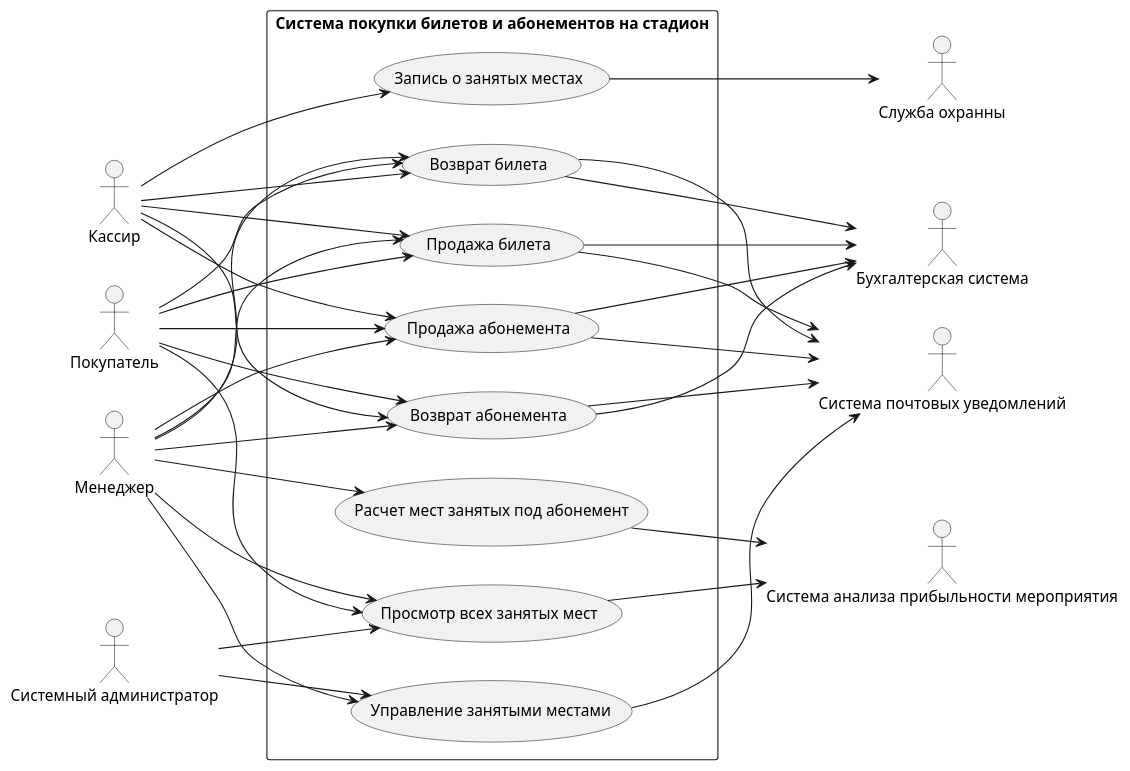
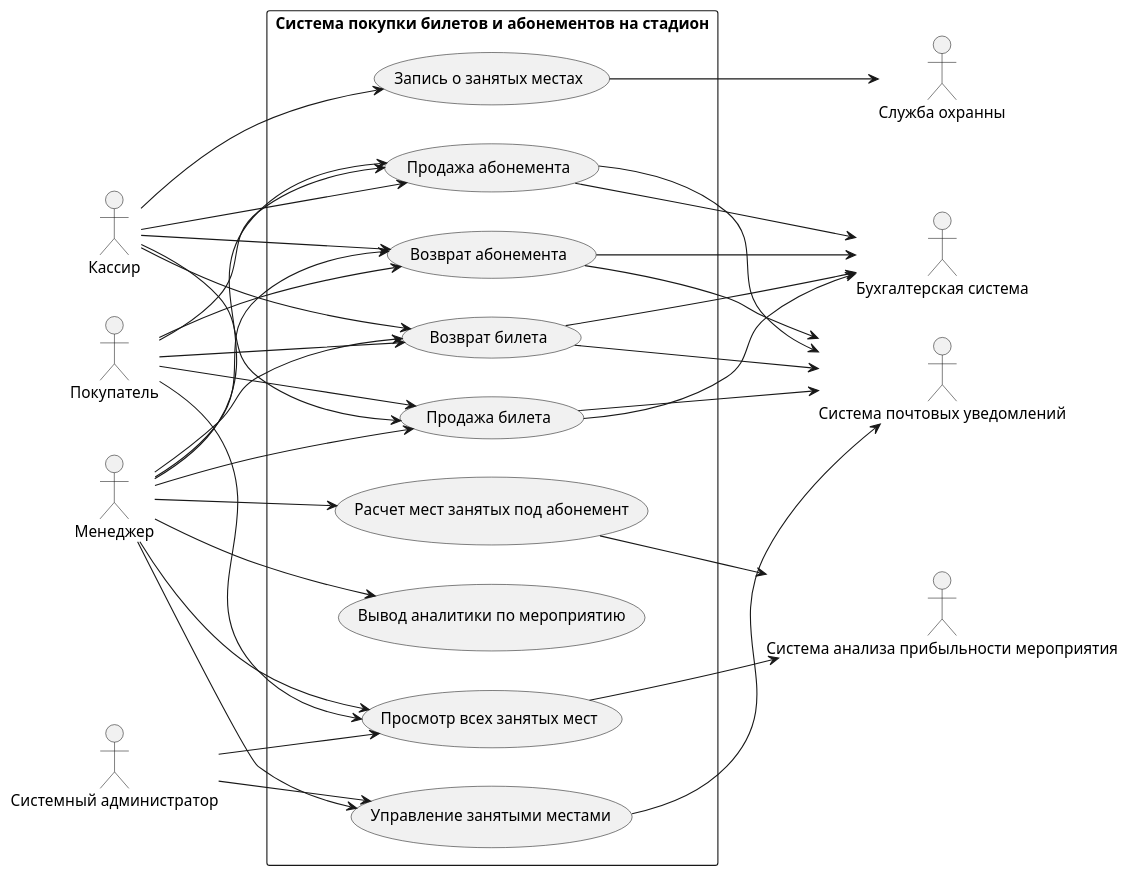
Before and after one commit to penamarth/bsbo-11-24_team5_var10_football: the diagram in Преценденты/Диаграмма прецендентов.md, drawn with PlantUML. The commit also changed 8 other files, not shown here.

Commit message:
Обновить прецедент аналитики и диаграммы Observer

````diff
--- a/Преценденты/Диаграмма прецендентов.md
+++ b/Преценденты/Диаграмма прецендентов.md
@@ -3,68 +3,70 @@
 ```plantuml
 
 @startuml
 left to right direction
 skinparam packageStyle rect
 
 :Кассир:
 :Покупатель:
 :Системный администратор:
 :Менеджер:
 
 package "Система покупки билетов и абонементов на стадион" {
 (Продажа билета)
 (Продажа абонемента)
 (Запись о занятых местах)
 (Возврат билета)
 (Возврат абонемента)
 (Расчет мест занятых под абонемент)
 (Просмотр всех занятых мест)
 (Управление занятыми местами)
+(Вывод аналитики по мероприятию)
 }
 
 :Покупатель: --> (Продажа билета)
 :Покупатель: --> (Продажа абонемента)
 :Покупатель: --> (Возврат билета)
 :Покупатель: --> (Возврат абонемента)
 :Покупатель: --> (Просмотр всех занятых мест)
 
 :Кассир: --> (Продажа билета)
 :Кассир: --> (Продажа абонемента)
 :Кассир: --> (Возврат билета)
 :Кассир: --> (Возврат абонемента)
 :Кассир: --> (Запись о занятых местах)
 
 :Менеджер: --> (Продажа билета)
 :Менеджер: --> (Продажа абонемента)
 :Менеджер: --> (Возврат билета)
 :Менеджер: --> (Возврат абонемента)
 :Менеджер: --> (Просмотр всех занятых мест)
 :Менеджер: --> (Управление занятыми местами)
 :Менеджер: --> (Расчет мест занятых под абонемент)
+:Менеджер: --> (Вывод аналитики по мероприятию)
 
 :Системный администратор: --> (Управление занятыми местами)
 :Системный администратор: --> (Просмотр всех занятых мест)
 
 :Служба охранны:
 :Система анализа прибыльности мероприятия:
 :Бухгалтерская система:
 :Система почтовых уведомлений:
 
 (Продажа билета) --> :Система почтовых уведомлений:
 (Продажа абонемента) --> :Система почтовых уведомлений:
 (Возврат билета) --> :Система почтовых уведомлений:
 (Возврат абонемента) --> :Система почтовых уведомлений:
 (Управление занятыми местами) --> :Система почтовых уведомлений:
 
 (Продажа билета) --> :Бухгалтерская система:
 (Продажа абонемента) --> :Бухгалтерская система:
 (Возврат билета) --> :Бухгалтерская система:
 (Возврат абонемента) --> :Бухгалтерская система:
 
 (Запись о занятых местах) --> :Служба охранны:
 
 (Расчет мест занятых под абонемент) --> :Система анализа прибыльности мероприятия:
 (Просмотр всех занятых мест) --> :Система анализа прибыльности мероприятия:
 
 @enduml
 ```
````
